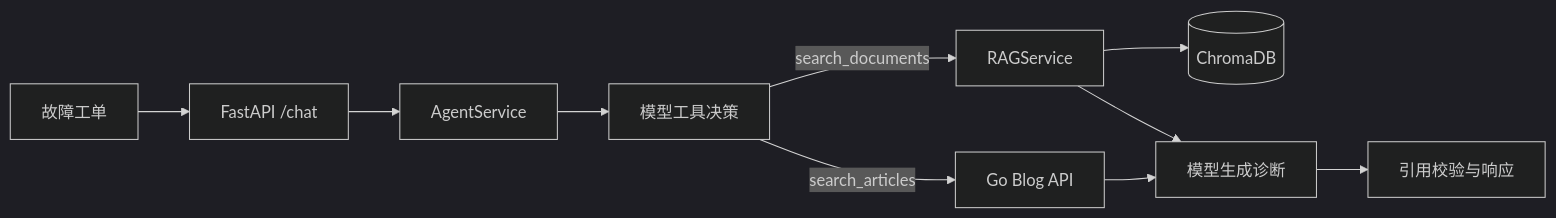
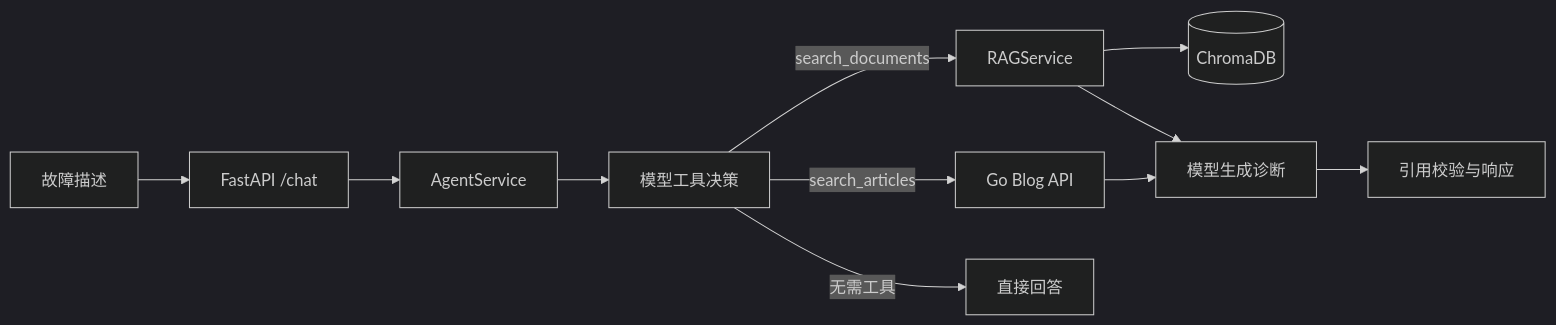
The diagram in README.md (Haiqinyan121/developer-incident-agent), drawn with Mermaid (dark theme) before and after one commit. The commit also changed other lines of this file and 2 other files, not shown here.

````diff
--- a/README.md
+++ b/README.md
@@ -34,12 +19,13 @@
 ```mermaid
 flowchart LR
-    U[故障工单] --> API[FastAPI /chat]
+    U[故障描述] --> API[FastAPI /chat]
     API --> A[AgentService]
     A --> M[模型工具决策]
     M -->|search_documents| R[RAGService]
     R --> C[(ChromaDB)]
     M -->|search_articles| B[Go Blog API]
     R --> F[模型生成诊断]
     B --> F
+    M -->|无需工具| D[直接回答]
     F --> V[引用校验与响应]
 ```
````
